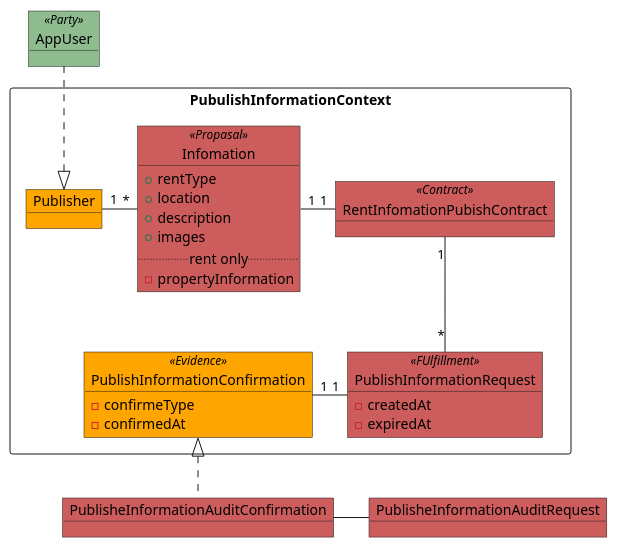
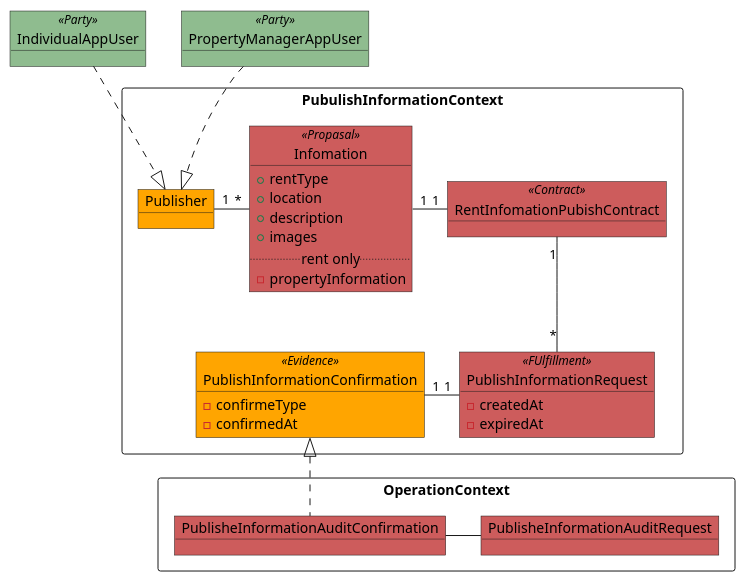
The second of 3 diagrams in 8x/thought_tenement.puml (scglwsj/seele), drawn with PlantUML before and after one commit. The commit also changed other lines of this file, not shown here.

```diff
--- a/8x/thought_tenement.puml
+++ b/8x/thought_tenement.puml
@@ -67,37 +94,42 @@
 @startuml pubish_infomation
 package PubulishInformationContext <<Rectangle>> {
   object Infomation <<Propasal>> #IndianRed {
     + rentType
     + location
     + description
     + images
     .. rent only ..
     - propertyInformation
   }
 
   object PublishInformationRequest <<FUlfillment>> #IndianRed {
     - createdAt
     - expiredAt
   }
   object PublishInformationConfirmation <<Evidence>> #Orange {
     - confirmeType
     - confirmedAt
   }
 
   object RentInfomationPubishContract <<Contract>> #IndianRed
   object Publisher #Orange
 
   Infomation "1" -right- "1" RentInfomationPubishContract
   Infomation "*" -left- "1"  Publisher
   RentInfomationPubishContract "1" -down- "*" PublishInformationRequest
   PublishInformationConfirmation "1" -right- "1" PublishInformationRequest
 }
+package OperationContext <<Rectangle>> {
+  object PublisheInformationAuditRequest #IndianRed
+  object PublisheInformationAuditConfirmation #IndianRed
+  PublisheInformationAuditConfirmation -right- PublisheInformationAuditRequest
 
-object PublisheInformationAuditRequest #IndianRed
-object PublisheInformationAuditConfirmation #IndianRed
-object AppUser <<Party>> #DarkSeaGreen
+}
 
-PublishInformationConfirmation <|.. PublisheInformationAuditConfirmation
-PublisheInformationAuditConfirmation -right- PublisheInformationAuditRequest
-AppUser .down.|> Publisher
+object IndividualAppUser <<Party>> #DarkSeaGreen
+object PropertyManagerAppUser <<Party>> #DarkSeaGreen
+
+PublishInformationConfirmation ^.. PublisheInformationAuditConfirmation
+IndividualAppUser ..^ Publisher
+PropertyManagerAppUser ..^ Publisher
 @enduml
```
